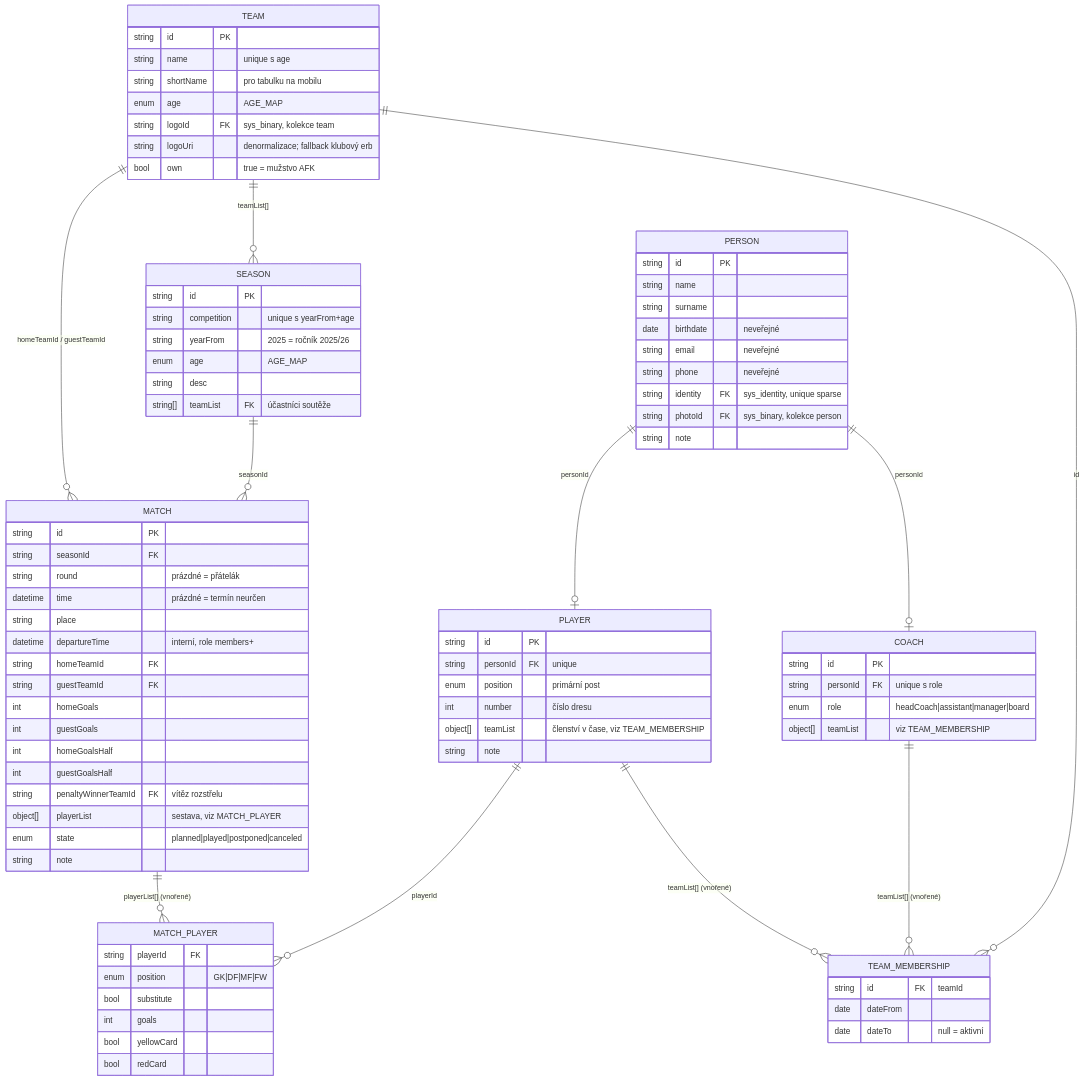
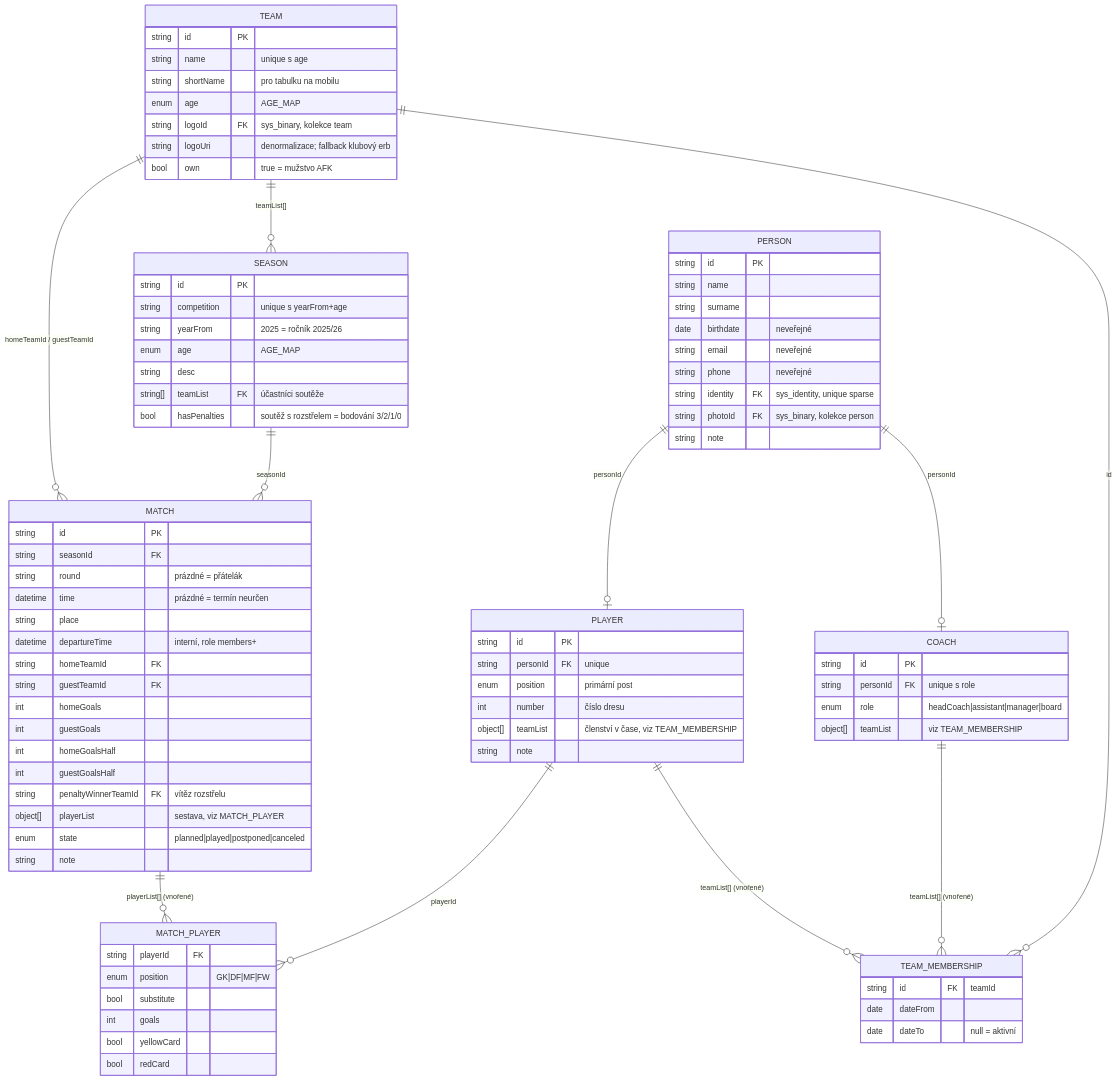
The second of 3 diagrams in design/data-model.md (capo00/afkbratcice), drawn with Mermaid before and after one commit. The commit also changed other lines of this file and 8 other files, not shown here.

```diff
--- a/design/data-model.md
+++ b/design/data-model.md
@@ -64,6 +64,7 @@
         enum     age "AGE_MAP"
         string   desc
         string[] teamList FK "účastníci soutěže"
+        bool     hasPenalties "soutěž s rozstřelem = bodování 3/2/1/0"
     }
     MATCH {
         string   id PK
```
